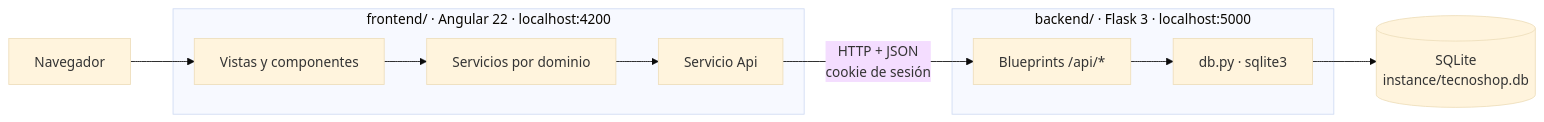
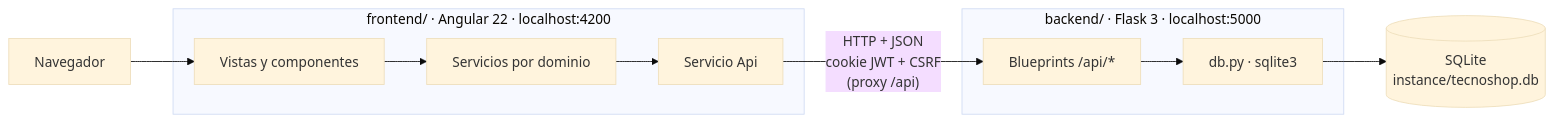
The first of 3 diagrams in docs/diseño.md (Laurajcb/TecnoShop), drawn with Mermaid (base theme) before and after one commit. The commit also changed other lines of this file, not shown here.

First line of the commit message:
T18: alinea el diseño con el contrato de la API de T20

````diff
--- a/docs/diseño.md
+++ b/docs/diseño.md
@@ -18,13 +18,13 @@
 ```mermaid
 flowchart LR
     U[Navegador] --> A
     subgraph Frontend["frontend/ · Angular 22 · localhost:4200"]
         A[Vistas y componentes] --> S[Servicios por dominio]
         S --> API[Servicio Api]
     end
-    API -- "HTTP + JSON<br/>cookie de sesión" --> F
+    API -- "HTTP + JSON<br/>cookie JWT + CSRF<br/>(proxy /api)" --> F
     subgraph Backend["backend/ · Flask 3 · localhost:5000"]
         F[Blueprints /api/*] --> D[db.py · sqlite3]
     end
     D --> DB[(SQLite<br/>instance/tecnoshop.db)]
 ```
````
